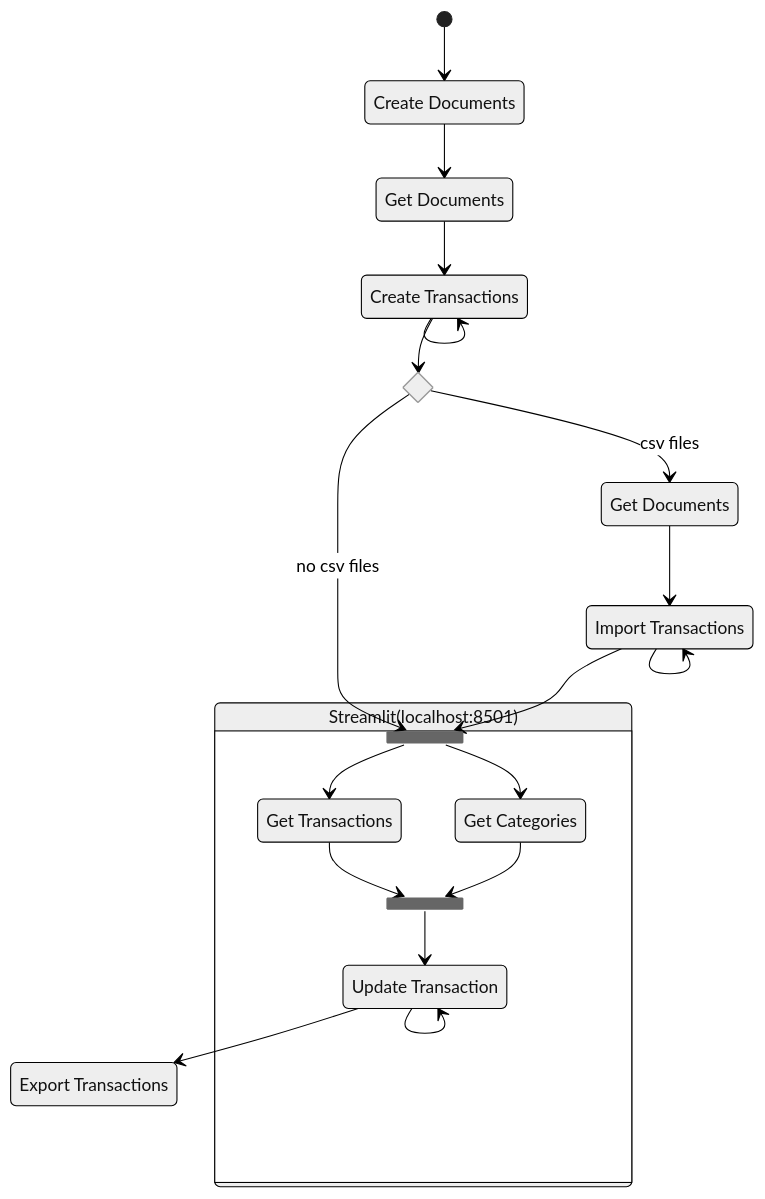
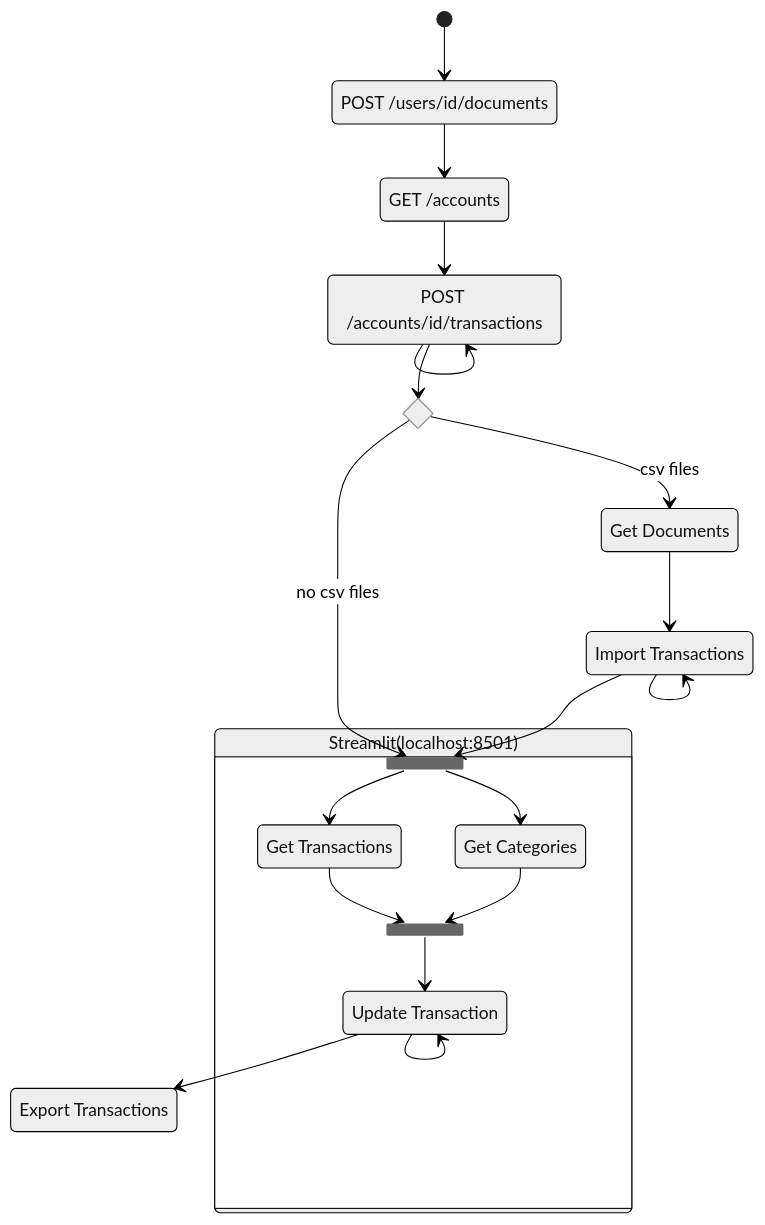
Before and after one commit to josueelias9/improving-BCP-organizate: the fourth of 4 diagrams in new-service/REST/README.md, drawn with Mermaid (neutral theme). The commit also changed 14 other files, not shown here.

````diff
--- a/new-service/REST/README.md
+++ b/new-service/REST/README.md
@@ -73,37 +73,37 @@
 ```mermaid
 
 stateDiagram
-cds : Create Documents
-ct : Create Transactions
+cds : POST /users/id/documents
+ct : POST /accounts/id/transactions
 it : Import Transactions
 gd : Get Documents
-gd2 : Get Documents
+gd2 : GET /accounts
 et : Export Transactions
 state if_state <<choice>>
 
 state Streamlit(localhost:8501) {
         state join_state <<join>>
         state fork_state <<fork>>
         ut : Update Transaction
         gt : Get Transactions
         gc : Get Categories
 }
         [*] --> cds
         cds --> gd2
         gd2 --> ct
         ct --> ct
         ct --> if_state
         if_state --> gd: csv files
         if_state --> join_state : no csv files
         gd --> it
         it --> it
         it --> join_state
         join_state --> gc
         join_state --> gt
         ut --> ut
         ut --> et
         gt --> fork_state
         gc --> fork_state
         fork_state --> ut
 
 ```
````
